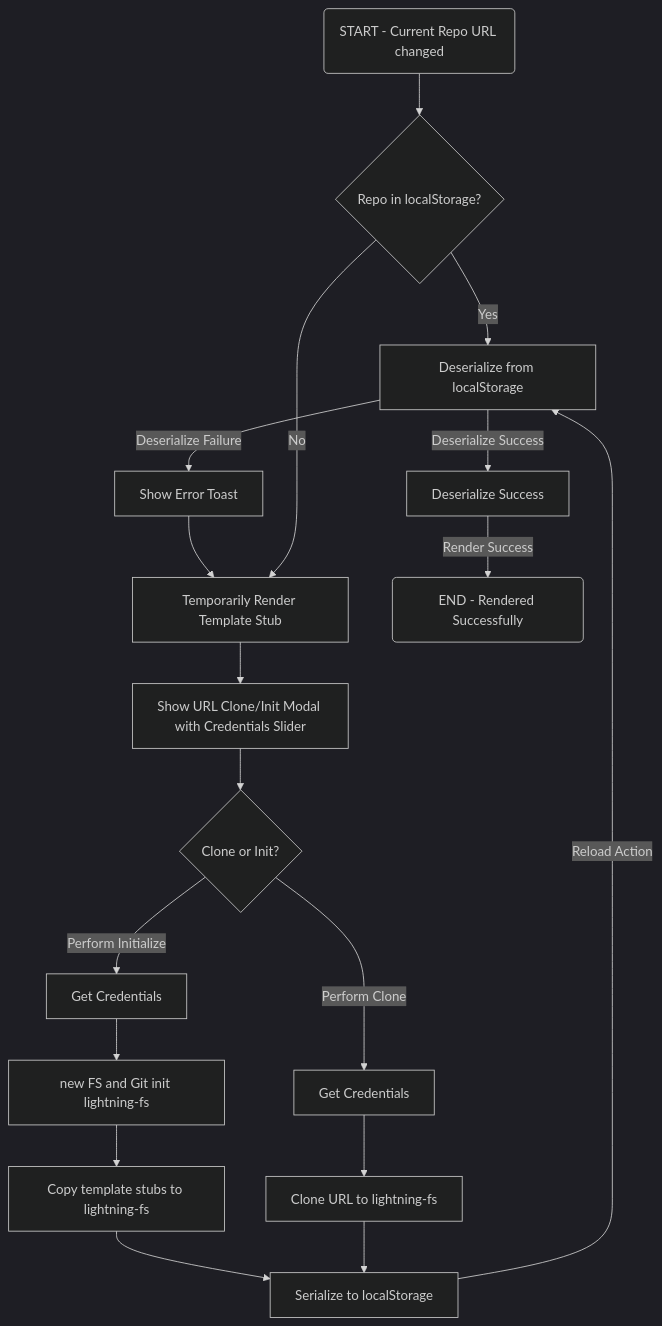
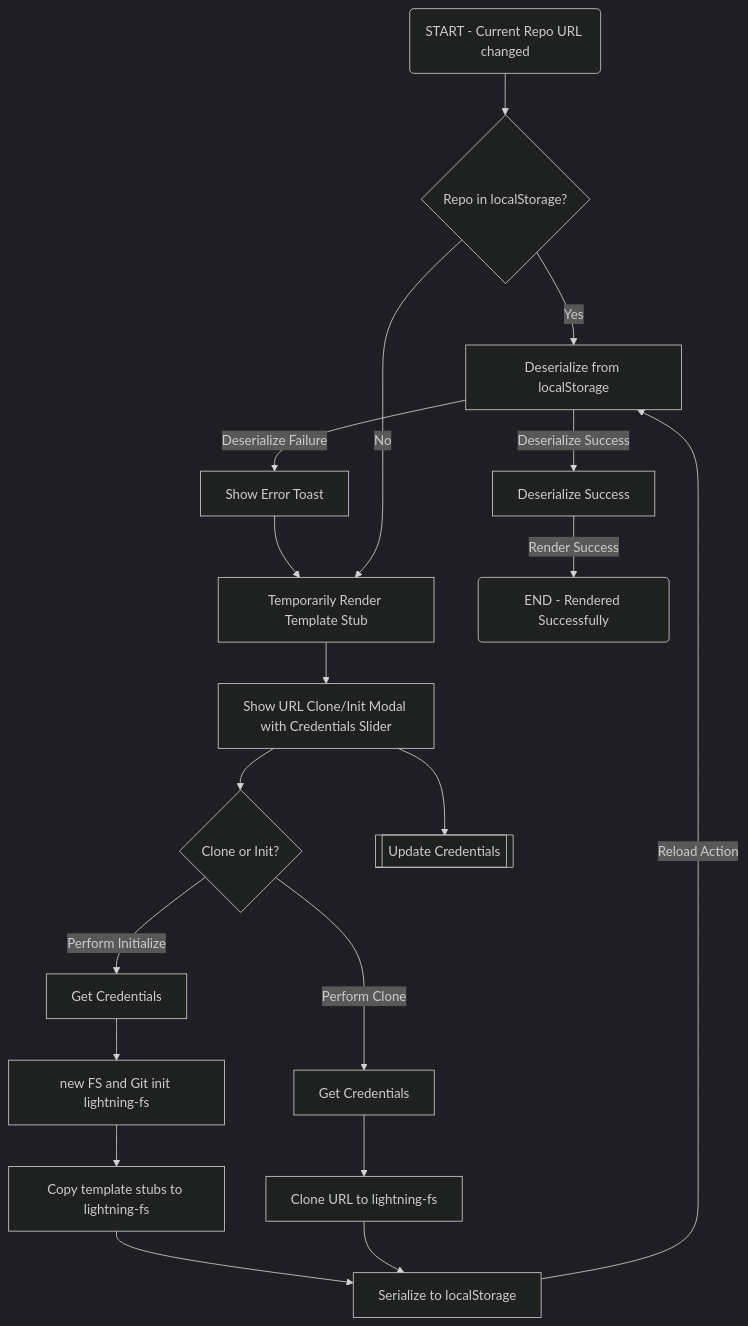
Before and after one commit to sengac/gitfeatures-spec: the diagram in t4rD77Dy-co_tSRwiscVs.md, drawn with Mermaid (dark theme).

Commit message:
more toughts

````diff
--- a/t4rD77Dy-co_tSRwiscVs.md
+++ b/t4rD77Dy-co_tSRwiscVs.md
@@ -10,20 +10,21 @@
 ```mermaid
 graph TD
     A(START - Current Repo URL changed) --> B{Repo in localStorage?}
     B -->|Yes| deserialize[Deserialize from localStorage]
     deserialize -->|Deserialize Success| deserializeSuccess[Deserialize Success]
     deserialize -->|Deserialize Failure| errorToast[Show Error Toast]
     errorToast --> temporarilyRenderStub
     deserializeSuccess -->|Render Success| renderSuccess(END - Rendered Successfully)
     B -->|No| temporarilyRenderStub[Temporarily Render Template Stub]
     temporarilyRenderStub --> E[Show Init/Clone Modal]
     E[Show URL Clone/Init Modal with Credentials Slider] --> F{Clone or Init?}
+    E --> updateCredentials[[Update Credentials]]
     F -->|Perform Clone| G[Get Credentials]
     F -->|Perform Initialize| H[Get Credentials]
     H --> git-init[new FS and Git init lightning-fs]
     git-init --> copy-stub[Copy template stubs to lightning-fs]
     copy-stub --> serialize[Serialize to localStorage]
     G --> I[Clone URL to lightning-fs]
     I --> serialize
     serialize --> |Reload Action| deserialize
 ```
````
